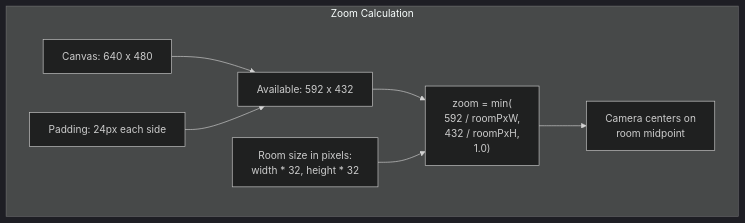
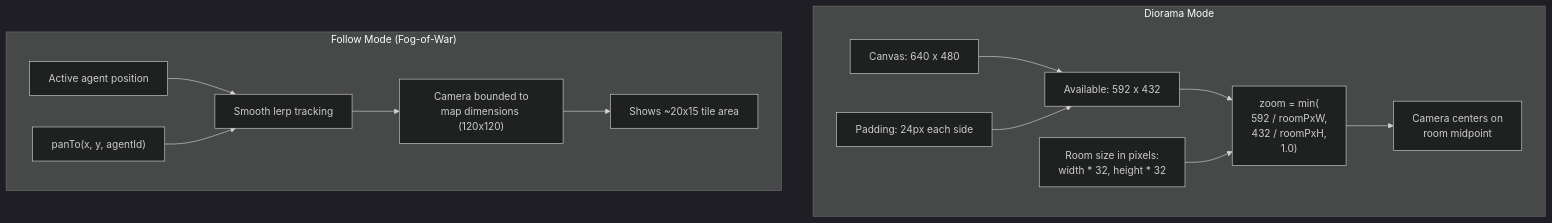
One commit to Human-Agency-Hackathon/AI-Interfaces-Feb-2026 changed the eighth of 10 diagrams in docs/diagrams/client-rendering.md. Above: the diagram before and after it, drawn with Mermaid (dark theme). The commit also changed other lines of this file and 13 other files, not shown here.

First line of the commit message:
docs: update diagrams to match current codebase

````diff
--- a/docs/diagrams/client-rendering.md
+++ b/docs/diagrams/client-rendering.md
@@ -189,15 +301,25 @@
 ```mermaid
 graph TD
-    subgraph Calculation ["Zoom Calculation"]
+    subgraph DioramaCam ["Diorama Mode"]
         Canvas["Canvas: 640 x 480"]
         Padding["Padding: 24px each side"]
         Available["Available: 592 x 432"]
         RoomSize["Room size in pixels:<br/>width * 32, height * 32"]
 
         Canvas --> Available
         Padding --> Available
         Available --> Zoom["zoom = min(<br/>  592 / roomPxW,<br/>  432 / roomPxH,<br/>  1.0)"]
         RoomSize --> Zoom
         Zoom --> Center["Camera centers on<br/>room midpoint"]
     end
+
+    subgraph FollowCam ["Follow Mode (Fog-of-War)"]
+        Target["Active agent position"]
+        Target --> Lerp["Smooth lerp tracking"]
+        Lerp --> Bounds["Camera bounded to<br/>map dimensions (120x120)"]
+        Bounds --> Viewport["Shows ~20x15 tile area"]
+
+        PanTo["panTo(x, y, agentId)"]
+        PanTo --> Lerp
+    end
 ```
````
